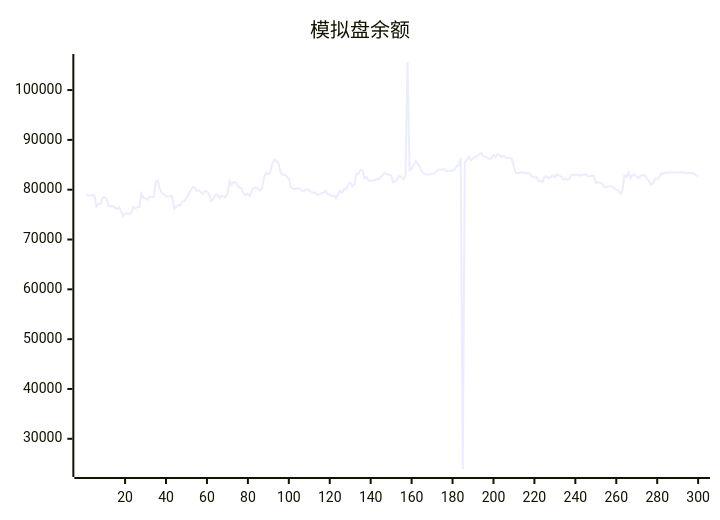
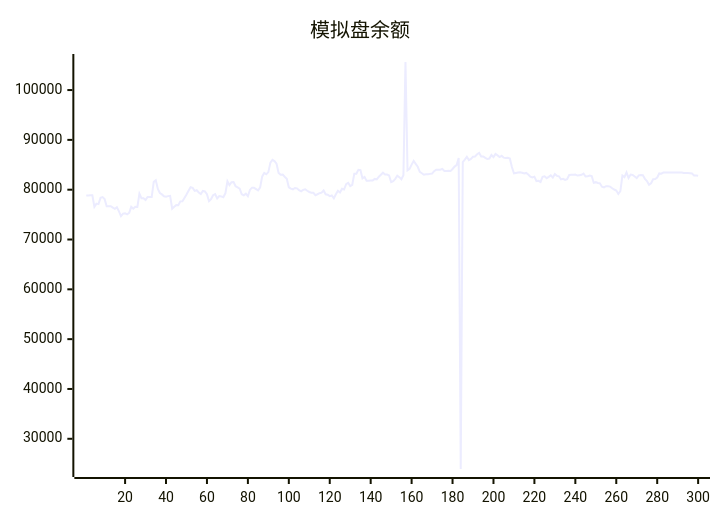
Before and after one commit to aahl/ai-trading: the diagram in README.md, drawn with Mermaid. The commit also changed other lines of this file and 1 other file, not shown here.

````diff
--- a/README.md
+++ b/README.md
@@ -5,5 +5,5 @@
 ```mermaid
 xychart
     title "模拟盘余额"
-    line [78889,78850,78850,78878,78878,76554,77202,77103,78357,78510,78106,76678,76677,76672,76411,76159,76485,75656,74695,75197,75246,75052,75334,76564,76179,76553,76551,79196,78300,78300,77944,78531,78531,78521,81564,81884,80160,79335,79055,78675,78580,78708,78764,76179,76586,76902,76876,77658,77669,78346,79023,79769,80497,80366,79761,79896,79448,79126,79749,79658,79097,77695,78114,78888,79126,78249,78738,78653,78478,79271,81680,80923,81488,81527,80681,80455,80190,79084,78879,79193,78686,79954,80403,80374,80118,79848,80491,82665,83351,83098,83525,85430,85983,85737,85221,83378,83014,83043,82613,82216,80477,80208,80081,80348,80277,79894,79670,79965,80093,79786,79542,79406,79371,78893,79087,79304,79406,79841,79072,78978,78696,78846,78272,79085,79787,79442,80198,80031,81120,81379,80718,80985,83214,83212,83993,83921,82270,82547,81776,81776,81866,81866,82158,82061,82596,83000,83408,83041,83050,82858,81503,81691,82188,82812,82517,82092,82901,105633,83898,84180,85030,85781,85178,84604,83569,83298,83008,83093,83107,83175,83228,83729,84025,84017,84019,84177,83775,83762,83785,83738,84160,84639,84939,86370,23934,85548,86046,86599,85942,86161,86622,86664,87115,87369,86666,86685,86384,86152,86243,86969,86548,87164,86885,86566,86809,86427,86348,86417,86273,84538,83299,83369,83430,83490,83404,83270,83362,83056,82605,82459,82614,81734,81788,81551,82598,82702,82320,82580,82878,82426,83139,82778,82686,82056,82166,81963,82110,82951,82983,82984,83038,82838,82915,82998,83235,82642,82682,82858,82746,81396,81512,81362,81277,80600,80461,80699,80673,80616,80288,80038,79836,79142,79722,82837,82533,83480,82366,83032,82960,82654,82330,82883,82934,82901,82188,81728,81005,81298,82110,82135,82449,83264,83203,83440,83439,83440,83440,83446,83447,83448,83447,83448,83449,83369,83369,83369,83313,83256,82872,82873]
+    line [78850,78850,78878,78878,76554,77202,77103,78357,78510,78106,76678,76677,76672,76411,76159,76485,75656,74695,75197,75246,75052,75334,76564,76179,76553,76551,79196,78300,78300,77944,78531,78531,78521,81564,81884,80160,79335,79055,78675,78580,78708,78764,76179,76586,76902,76876,77658,77669,78346,79023,79769,80497,80366,79761,79896,79448,79126,79749,79658,79097,77695,78114,78888,79126,78249,78738,78653,78478,79271,81680,80923,81488,81527,80681,80455,80190,79084,78879,79193,78686,79954,80403,80374,80118,79848,80491,82665,83351,83098,83525,85430,85983,85737,85221,83378,83014,83043,82613,82216,80477,80208,80081,80348,80277,79894,79670,79965,80093,79786,79542,79406,79371,78893,79087,79304,79406,79841,79072,78978,78696,78846,78272,79085,79787,79442,80198,80031,81120,81379,80718,80985,83214,83212,83993,83921,82270,82547,81776,81776,81866,81866,82158,82061,82596,83000,83408,83041,83050,82858,81503,81691,82188,82812,82517,82092,82901,105633,83898,84180,85030,85781,85178,84604,83569,83298,83008,83093,83107,83175,83228,83729,84025,84017,84019,84177,83775,83762,83785,83738,84160,84639,84939,86370,23934,85548,86046,86599,85942,86161,86622,86664,87115,87369,86666,86685,86384,86152,86243,86969,86548,87164,86885,86566,86809,86427,86348,86417,86273,84538,83299,83369,83430,83490,83404,83270,83362,83056,82605,82459,82614,81734,81788,81551,82598,82702,82320,82580,82878,82426,83139,82778,82686,82056,82166,81963,82110,82951,82983,82984,83038,82838,82915,82998,83235,82642,82682,82858,82746,81396,81512,81362,81277,80600,80461,80699,80673,80616,80288,80038,79836,79142,79722,82837,82533,83480,82366,83032,82960,82654,82330,82883,82934,82901,82188,81728,81005,81298,82110,82135,82449,83264,83203,83440,83439,83440,83440,83446,83447,83448,83447,83448,83449,83369,83369,83369,83313,83256,82872,82873,82801]
 ```
````
